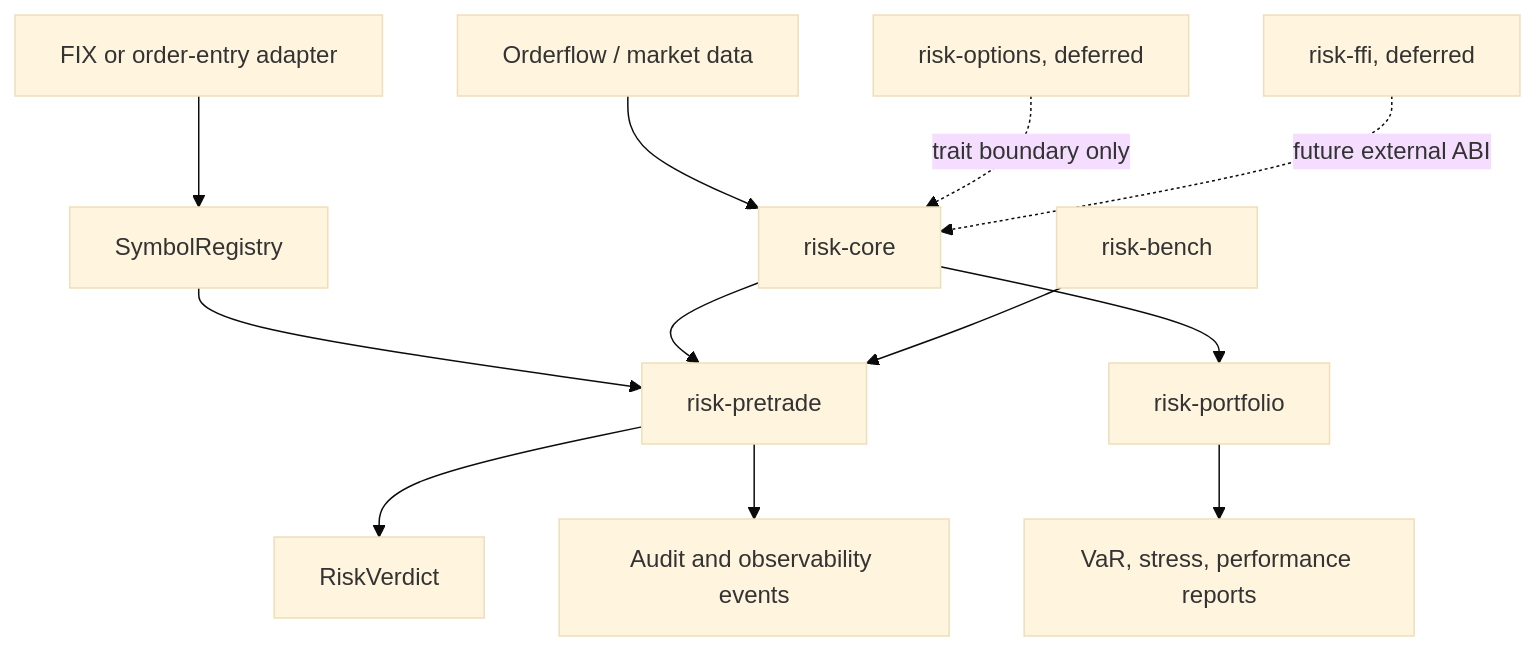
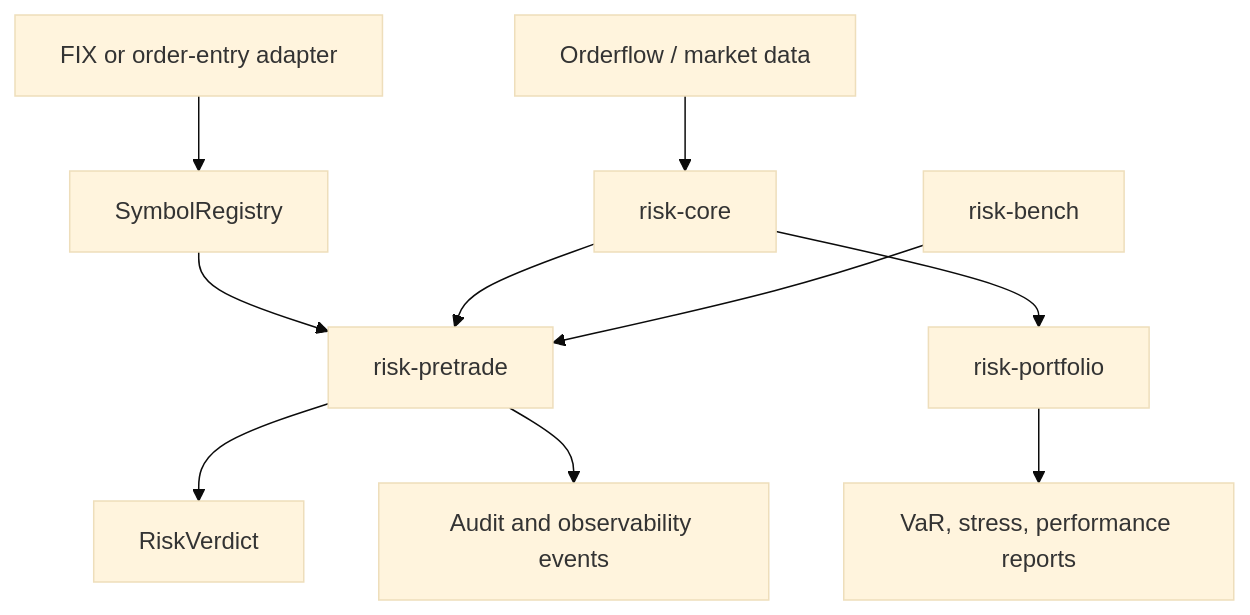
Before and after one commit to gregorian-09/riskflow: the first of 3 diagrams in README.md, drawn with Mermaid (base theme). The commit also changed other lines of this file and 13 other files, not shown here.

````diff
--- a/README.md
+++ b/README.md
@@ -38,15 +39,12 @@
 ```mermaid
 flowchart TB
     orderflow[Orderflow / market data] --> core[risk-core]
     fix[FIX or order-entry adapter] --> registry[SymbolRegistry]
     registry --> pretrade[risk-pretrade]
     core --> pretrade
     core --> portfolio[risk-portfolio]
     pretrade --> verdict[RiskVerdict]
     pretrade --> audit[Audit and observability events]
     portfolio --> reports[VaR, stress, performance reports]
     bench[risk-bench] --> pretrade
-
-    options[risk-options, deferred] -. trait boundary only .-> core
-    ffi[risk-ffi, deferred] -. future external ABI .-> core
 ```
````
